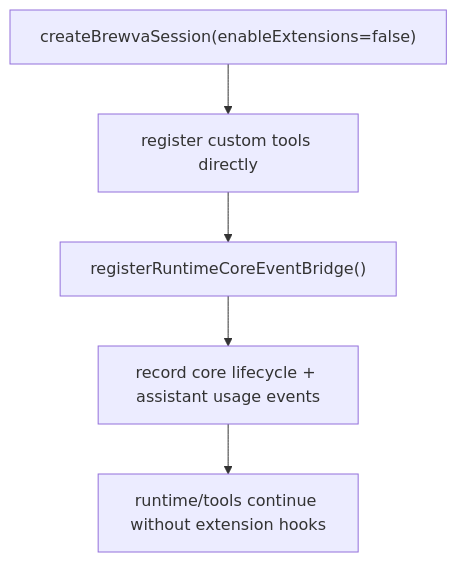
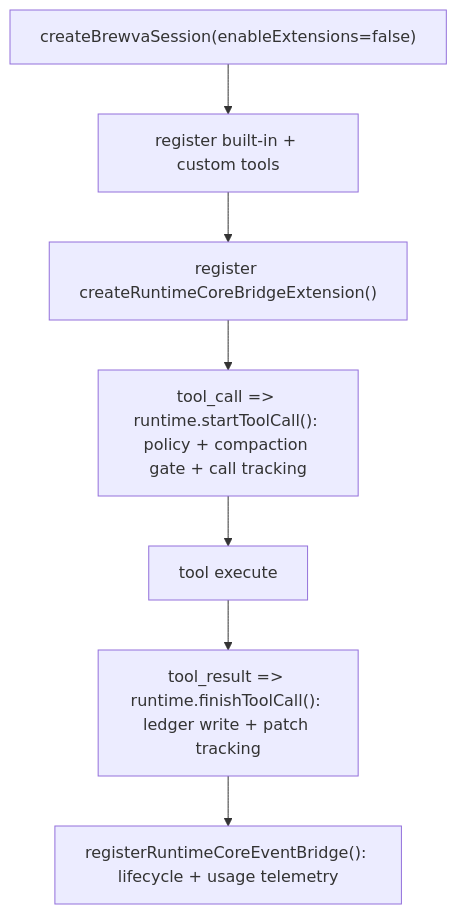
Before and after one commit to arcthur/pi-roaster: the second of 5 diagrams in docs/architecture/control-and-data-flow.md, drawn with Mermaid. The commit also changed other lines of this file and 46 other files, not shown here.

First line of the commit message:
fix(runtime): enforce core safety and evidence chain across profiles

````diff
--- a/docs/architecture/control-and-data-flow.md
+++ b/docs/architecture/control-and-data-flow.md
@@ -37,7 +37,9 @@
 ```mermaid
 flowchart TD
-  A["createBrewvaSession(enableExtensions=false)"] --> B["register custom tools directly"]
-  B --> C["registerRuntimeCoreEventBridge()"]
-  C --> D["record core lifecycle + assistant usage events"]
-  D --> E["runtime/tools continue without extension hooks"]
+  A["createBrewvaSession(enableExtensions=false)"] --> B["register built-in + custom tools"]
+  B --> C["register createRuntimeCoreBridgeExtension()"]
+  C --> D["tool_call => runtime.startToolCall(): policy + compaction gate + call tracking"]
+  D --> E["tool execute"]
+  E --> F["tool_result => runtime.finishToolCall(): ledger write + patch tracking"]
+  F --> G["registerRuntimeCoreEventBridge(): lifecycle + usage telemetry"]
 ```
````
